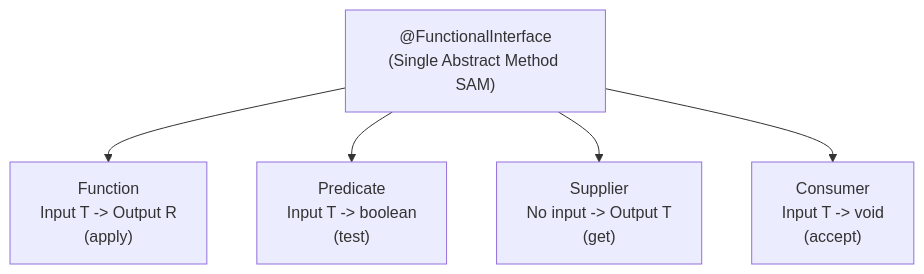
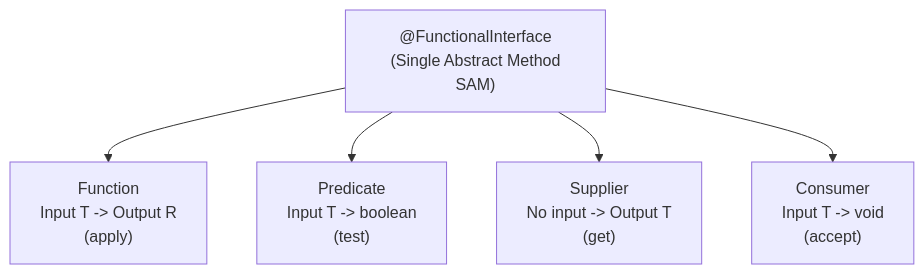
Before and after one commit to pploc/swe-icon-the-moment: the diagram in content/questions/language/java/java-functional-interface-lambda.md, drawn with Mermaid. The commit also changed 95 other files, not shown here.

Commit message:
fix: update the practice mode diagram bug not display

````diff
--- a/content/questions/language/java/java-functional-interface-lambda.md
+++ b/content/questions/language/java/java-functional-interface-lambda.md
@@ -21,11 +21,12 @@
 ```mermaid
 flowchart TD
-    FI["@FunctionalInterface\n(Single Abstract Method SAM)"]
-    FI --> Func["Function<T, R>\nInput T -> Output R\n(apply)"]
-    FI --> Pred["Predicate<T>\nInput T -> boolean\n(test)"]
-    FI --> Supp["Supplier<T>\nNo input -> Output T\n(get)"]
-    FI --> Cons["Consumer<T>\nInput T -> void\n(accept)"]
+    FI["@FunctionalInterface\n (Single Abstract Method SAM)"]
+    FI --> Func["Function<T, R>\nInput T -> Output R\n (apply)"]
+    FI --> Pred["Predicate<T>\nInput T -> boolean\n (test)"]
+    FI --> Supp["Supplier<T>\nNo input -> Output T\n (get)"]
+    FI --> Cons["Consumer<T>\nInput T -> void\n (accept)"]
+
 
 
 
 ```
````
